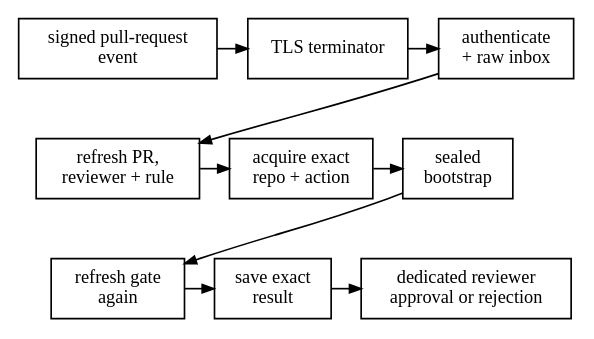
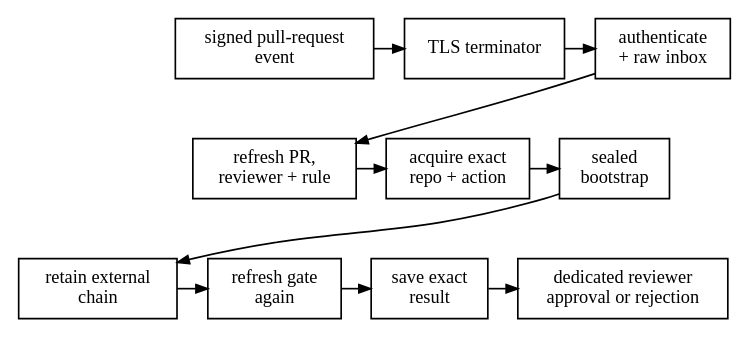
One commit to HardMax71/amiss changed the diagram in docs/src/provider-gitea.md. Above: the diagram before and after it, drawn with Graphviz. The commit also changed other lines of this file and 26 other files, not shown here.

````diff
--- a/docs/src/provider-gitea.md
+++ b/docs/src/provider-gitea.md
@@ -22,26 +22,27 @@
 ```dot process
 digraph gitea_provider {
   rankdir = TB;
   node [shape = box, fontname = "Latin Modern, Georgia, serif", fontsize = 11];
   edge [arrowsize = 0.7, fontname = "Latin Modern, Georgia, serif", fontsize = 10];
   forge  [label = "signed pull-request\nevent"];
   tls    [label = "TLS terminator"];
   inbox  [label = "authenticate\n+ raw inbox"];
   first  [label = "refresh PR,\nreviewer + rule"];
   fetch  [label = "acquire exact\nrepo + action"];
   boot   [label = "sealed\nbootstrap"];
+  assess [label = "retain external\nchain"];
   final  [label = "refresh gate\nagain"];
   save   [label = "save exact\nresult"];
   review [label = "dedicated reviewer\napproval or rejection"];
   { rank = same; forge; tls; inbox; }
   { rank = same; first; fetch; boot; }
-  { rank = same; final; save; review; }
+  { rank = same; assess; final; save; review; }
   forge -> tls -> inbox;
   first -> fetch -> boot;
-  final -> save -> review;
+  assess -> final -> save -> review;
   inbox -> first [constraint = false];
-  boot -> final [constraint = false];
+  boot -> assess [constraint = false];
   forge -> first -> final [style = invis];
 
 }
 ```
````
